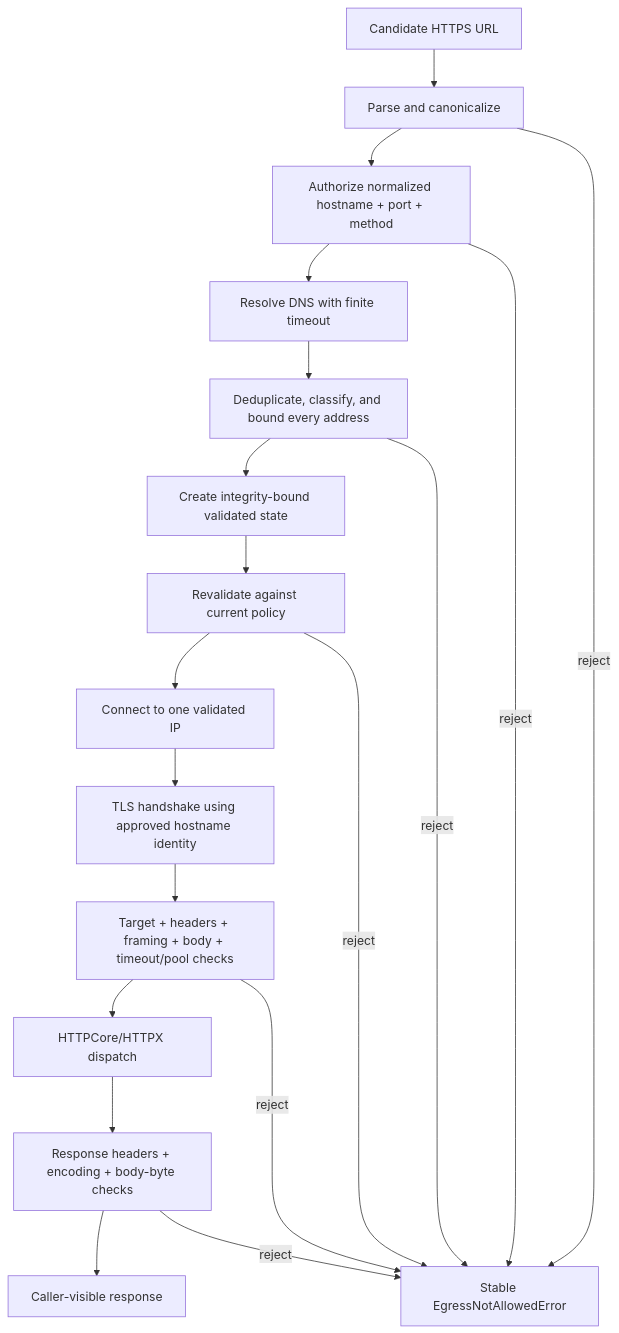
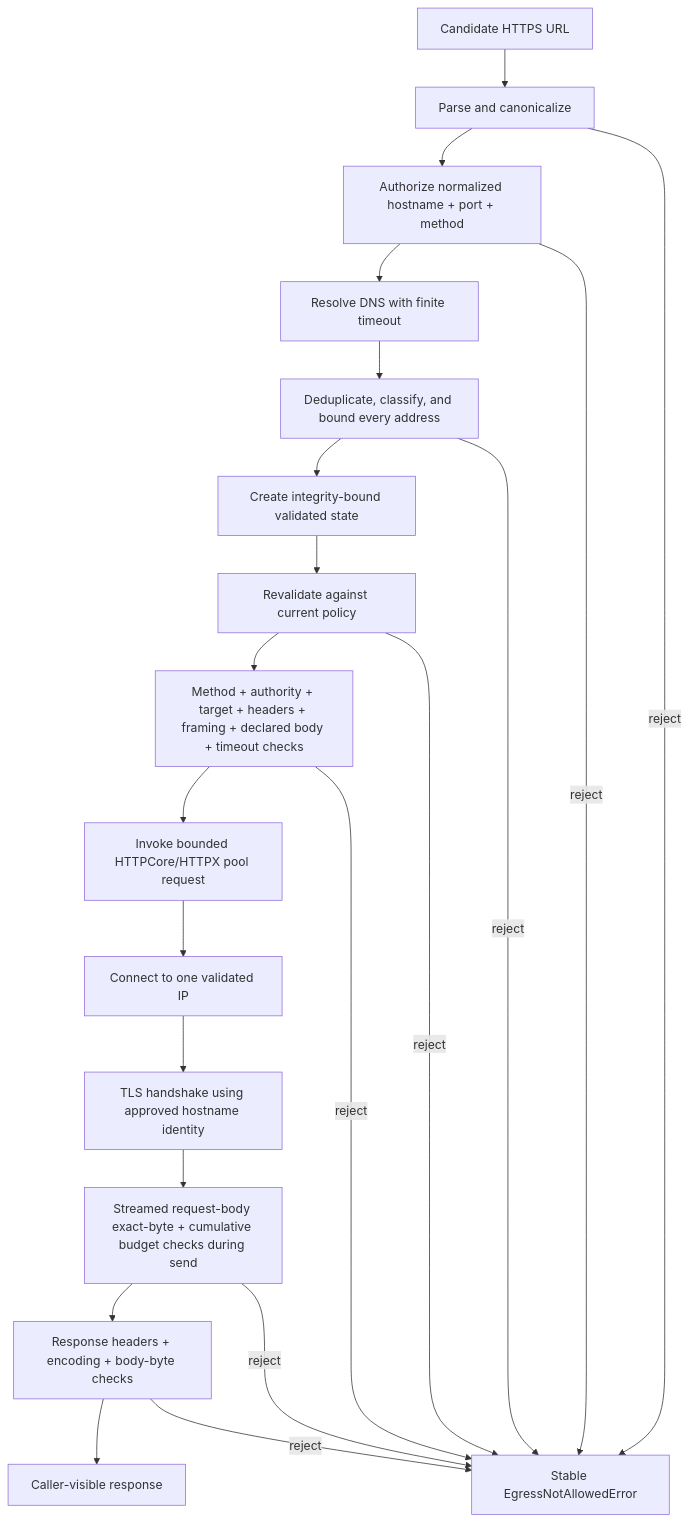
One commit to ContextualWisdomLab/EgressWeave changed the second of 3 diagrams in docs/architecture/SYSTEM_ARCHITECTURE.md. Above: the diagram before and after it, drawn with Mermaid. The commit also changed other lines of this file, not shown here.

Commit message:
docs: align request path with preflight enforcement

````diff
--- a/docs/architecture/SYSTEM_ARCHITECTURE.md
+++ b/docs/architecture/SYSTEM_ARCHITECTURE.md
@@ -27,22 +27,24 @@
 ```mermaid
 flowchart TD
     raw_url[Candidate HTTPS URL] --> parse[Parse and canonicalize]
     parse --> authority[Authorize normalized hostname + port + method]
     authority --> dns[Resolve DNS with finite timeout]
     dns --> classify[Deduplicate, classify, and bound every address]
     classify --> state[Create integrity-bound validated state]
     state --> revalidate[Revalidate against current policy]
-    revalidate --> tcp[Connect to one validated IP]
+    revalidate --> pre_request_checks[Method + authority + target + headers + framing + declared body + timeout checks]
+    pre_request_checks --> pool_call[Invoke bounded HTTPCore/HTTPX pool request]
+    pool_call --> tcp[Connect to one validated IP]
     tcp --> tls[TLS handshake using approved hostname identity]
-    tls --> request_checks[Target + headers + framing + body + timeout/pool checks]
-    request_checks --> http_dispatch[HTTPCore/HTTPX dispatch]
-    http_dispatch --> response_checks[Response headers + encoding + body-byte checks]
+    tls --> stream_request_checks[Streamed request-body exact-byte + cumulative budget checks during send]
+    stream_request_checks --> response_checks[Response headers + encoding + body-byte checks]
     response_checks --> caller[Caller-visible response]
 
     parse -->|reject| deny[Stable EgressNotAllowedError]
     authority -->|reject| deny
     classify -->|reject| deny
     revalidate -->|reject| deny
-    request_checks -->|reject| deny
+    pre_request_checks -->|reject| deny
+    stream_request_checks -->|reject| deny
     response_checks -->|reject| deny
 ```
````
